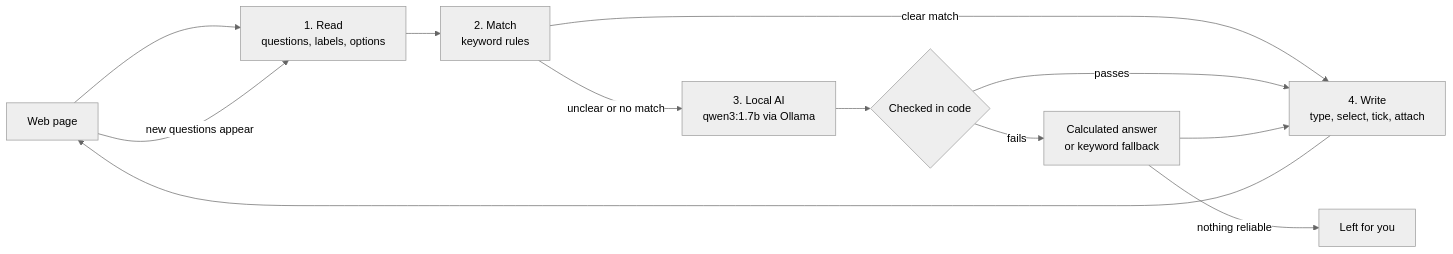
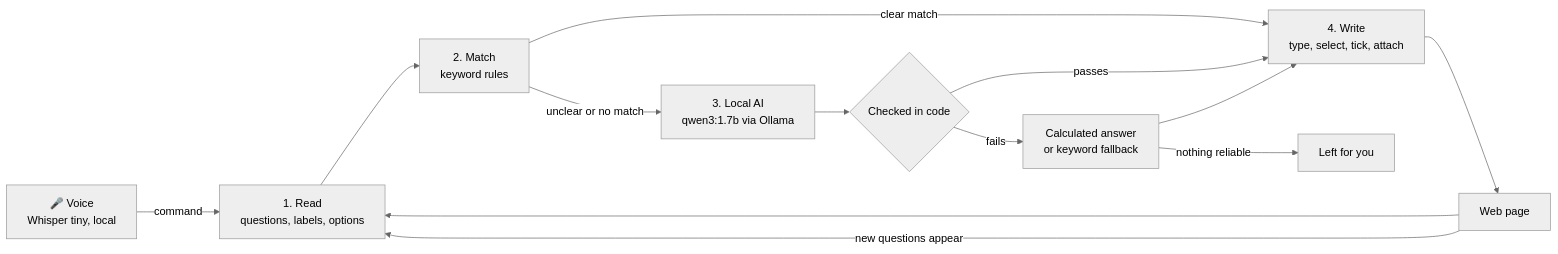
The diagram in README.md (Jullemyth122/Autonoma), drawn with Mermaid (neutral theme) before and after one commit. The commit also changed other lines of this file and 4 other files, not shown here.

````diff
--- a/README.md
+++ b/README.md
@@ -63,14 +78,15 @@
 ```mermaid
 flowchart LR
+    V[🎤 Voice<br/>Whisper tiny, local] -->|command| R
     P[Web page] --> R[1. Read<br/>questions, labels, options]
     R --> M[2. Match<br/>keyword rules]
     M -->|clear match| W[4. Write<br/>type, select, tick, attach]
     M -->|unclear or no match| A[3. Local AI<br/>qwen3:1.7b via Ollama]
     A --> C{Checked in code}
     C -->|passes| W
     C -->|fails| K[Calculated answer<br/>or keyword fallback]
     K --> W
     K -->|nothing reliable| U[Left for you]
     W --> P
     P -->|new questions appear| R
 ```
````
